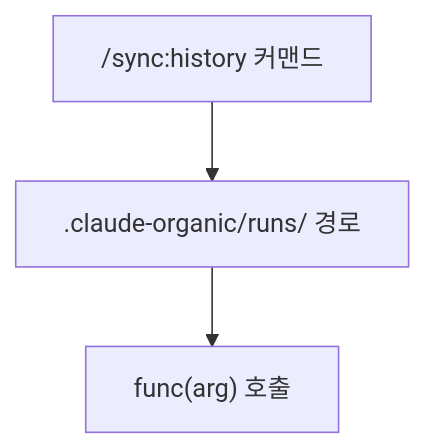
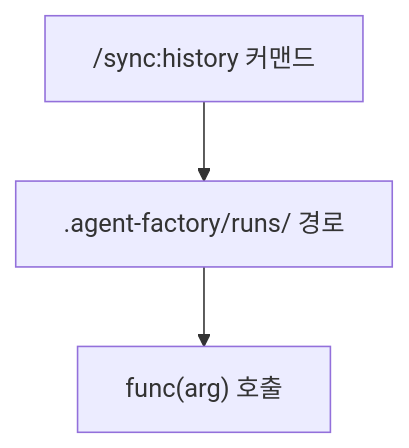
Before and after one commit to KoreanLeeChangHyun/agent-factory: diagram 11 of 17 in .claude/skills/design-mermaid-diagrams/SKILL.md, drawn with Mermaid. The commit also changed other lines of this file and 506 other files, not shown here.

Commit message:
refactor: rename runtime root to agent factory

````diff
--- a/.claude/skills/design-mermaid-diagrams/SKILL.md
+++ b/.claude/skills/design-mermaid-diagrams/SKILL.md
@@ -275,5 +275,5 @@
 ```mermaid
 flowchart TD
-    A["#sol;sync:history 커맨드"] --> B[".claude-organic/runs/ 경로"]
+    A["#sol;sync:history 커맨드"] --> B[".agent-factory/runs/ 경로"]
     B --> C["func(arg) 호출"]
 ```
````
